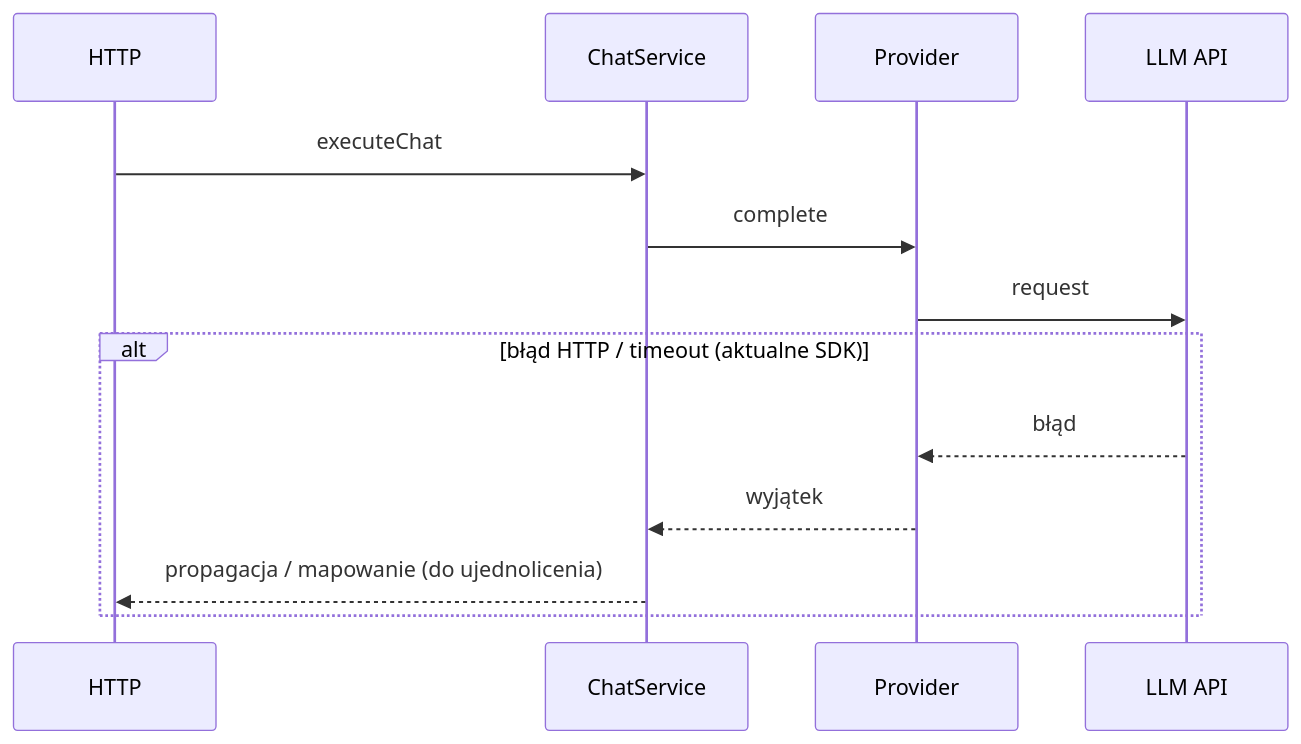
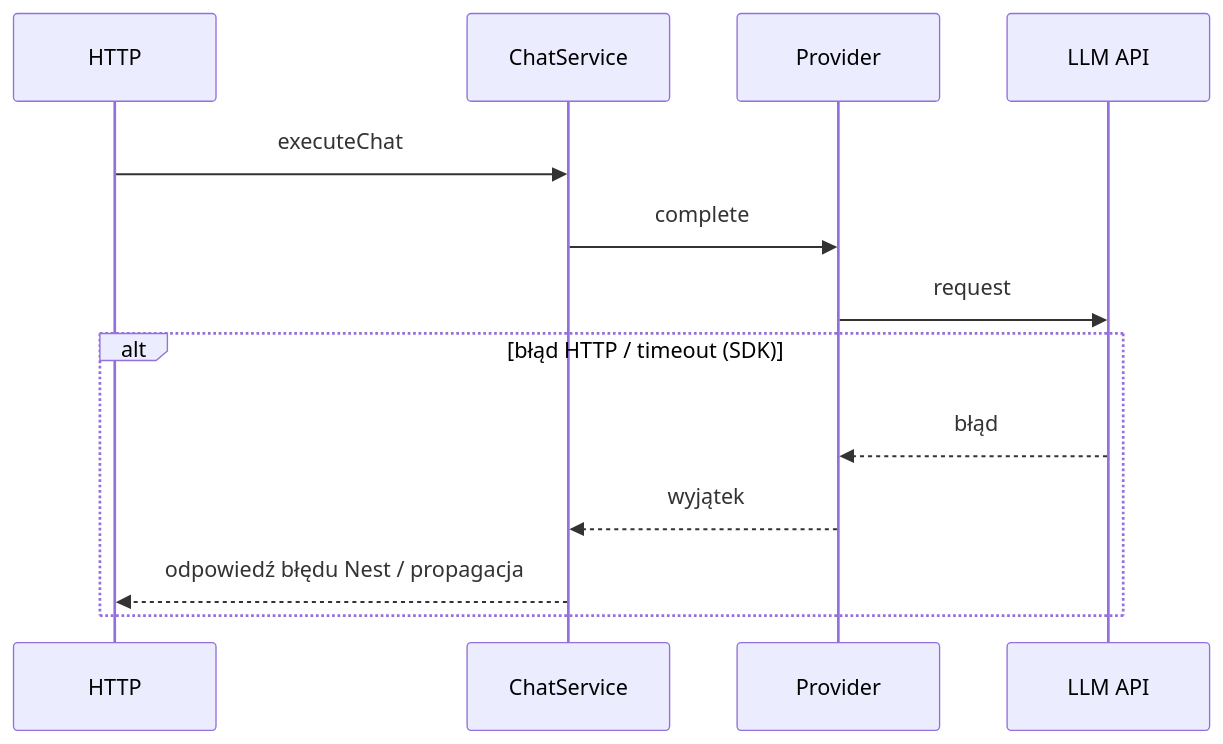
One commit to matej2314/ai-provider-gateway changed the third of 4 diagrams in docs/data_flow.md. Above: the diagram before and after it, drawn with Mermaid. The commit also changed other lines of this file and 18 other files, not shown here.

````diff
--- a/docs/data_flow.md
+++ b/docs/data_flow.md
@@ -74,16 +73,16 @@
 ```mermaid
 sequenceDiagram
   participant H as HTTP
   participant S as ChatService
   participant P as Provider
   participant A as LLM API
 
   H->>S: executeChat
   S->>P: complete
   P->>A: request
-  alt błąd HTTP / timeout (aktualne SDK)
+  alt błąd HTTP / timeout (SDK)
     A-->>P: błąd
     P-->>S: wyjątek
-    S-->>H: propagacja / mapowanie (do ujednolicenia)
+    S-->>H: odpowiedź błędu Nest / propagacja
   end
 ```
````
